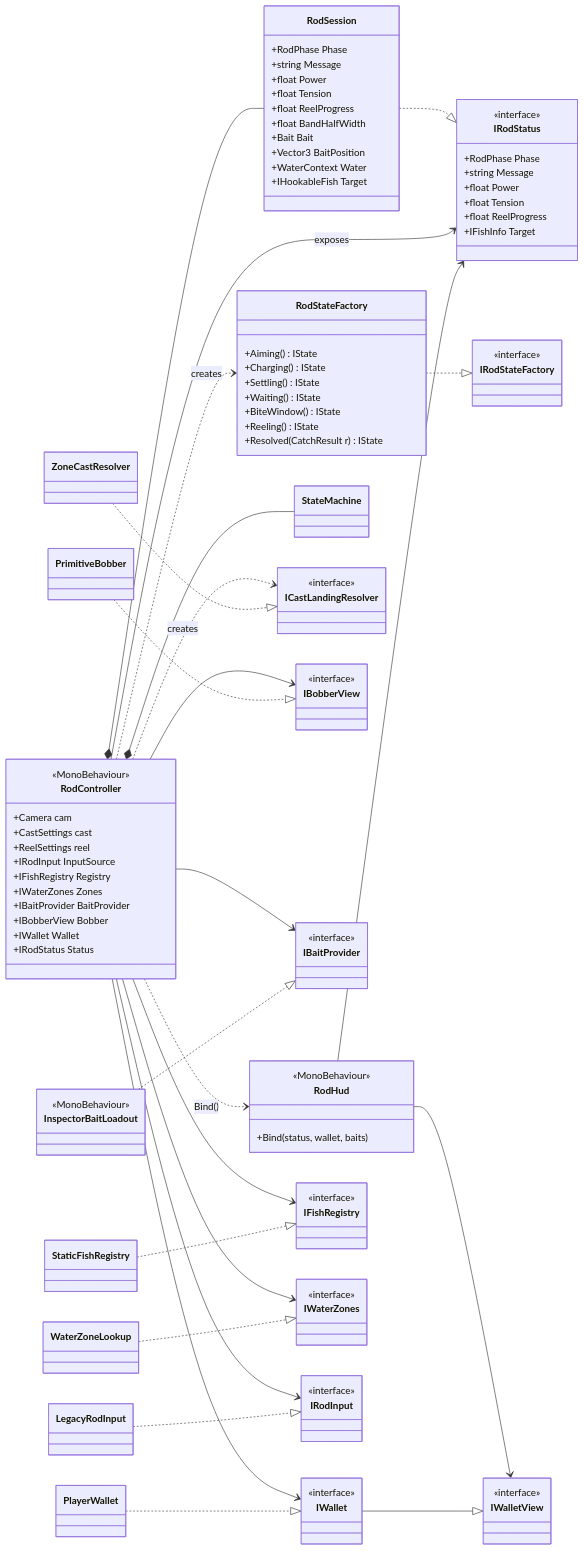
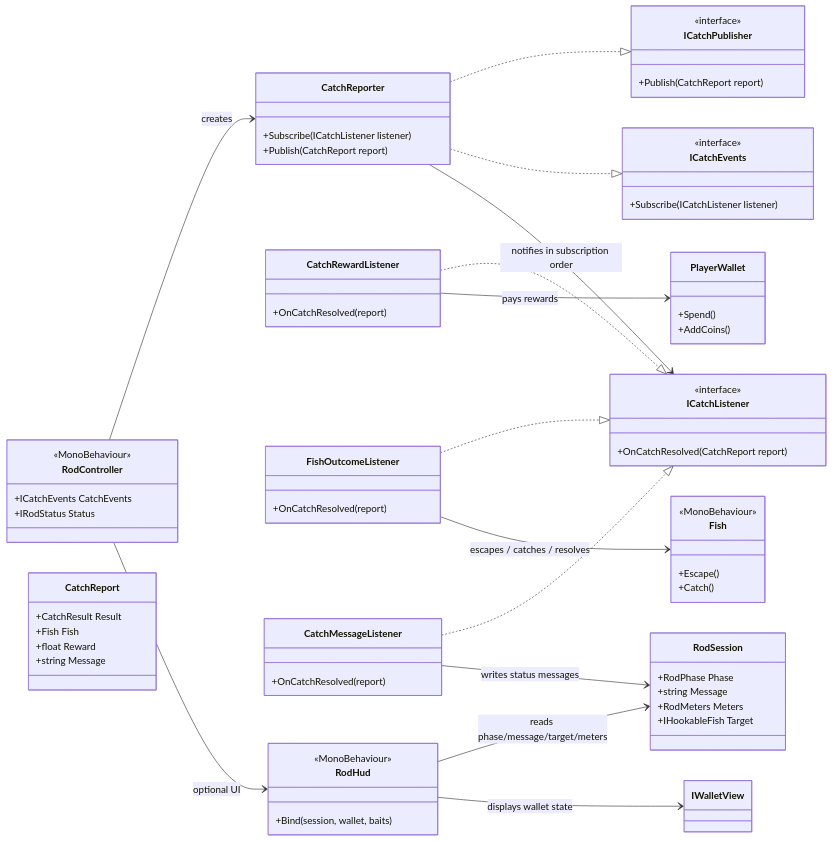
Before and after one commit to ZEENCL/tidebook: the seventh of 9 diagrams in DevNotes/UML-Diagram.md, drawn with Mermaid. The commit also changed other lines of this file and 3 other files, not shown here.

Commit message:
Added README, LICENSE, Updated UML Diagrams

````diff
--- a/DevNotes/UML-Diagram.md
+++ b/DevNotes/UML-Diagram.md
@@ -425,102 +699,85 @@
 
     class RodController {
         <<MonoBehaviour>>
-        +Camera cam
-        +CastSettings cast
-        +ReelSettings reel
-        +IRodInput InputSource
-        +IFishRegistry Registry
-        +IWaterZones Zones
-        +IBaitProvider BaitProvider
-        +IBobberView Bobber
-        +IWallet Wallet
+        +ICatchEvents CatchEvents
         +IRodStatus Status
     }
 
-    class RodStateFactory {
-        +Aiming() IState
-        +Charging() IState
-        +Settling() IState
-        +Waiting() IState
-        +BiteWindow() IState
-        +Reeling() IState
-        +Resolved(CatchResult r) IState
+    class CatchReporter {
+        +Subscribe(ICatchListener listener)
+        +Publish(CatchReport report)
     }
 
-    class IRodStateFactory {
+    class CatchReport {
+        +CatchResult Result
+        +Fish Fish
+        +float Reward
+        +string Message
+    }
+
+    class ICatchPublisher {
         <<interface>>
+        +Publish(CatchReport report)
+    }
+
+    class ICatchEvents {
+        <<interface>>
+        +Subscribe(ICatchListener listener)
+    }
+
+    class ICatchListener {
+        <<interface>>
+        +OnCatchResolved(CatchReport report)
+    }
+
+    class CatchRewardListener {
+        +OnCatchResolved(report)
+    }
+
+    class FishOutcomeListener {
+        +OnCatchResolved(report)
+    }
+
+    class CatchMessageListener {
+        +OnCatchResolved(report)
+    }
+
+    class RodHud {
+        <<MonoBehaviour>>
+        +Bind(session, wallet, baits)
     }
 
     class RodSession {
         +RodPhase Phase
         +string Message
-        +float Power
-        +float Tension
-        +float ReelProgress
-        +float BandHalfWidth
-        +Bait Bait
-        +Vector3 BaitPosition
-        +WaterContext Water
+        +RodMeters Meters
         +IHookableFish Target
     }
 
-    class IRodStatus {
-        <<interface>>
-        +RodPhase Phase
-        +string Message
-        +float Power
-        +float Tension
-        +float ReelProgress
-        +IFishInfo Target
+    class PlayerWallet {
+        +Spend()
+        +AddCoins()
     }
 
-    class RodHud {
+    class Fish {
         <<MonoBehaviour>>
-        +Bind(status, wallet, baits)
+        +Escape()
+        +Catch()
     }
 
-    class StateMachine
+    RodController --> CatchReporter : creates
+    CatchReporter ..|> ICatchPublisher
+    CatchReporter ..|> ICatchEvents
+    CatchReporter --> ICatchListener : notifies in subscription order
+    CatchRewardListener ..|> ICatchListener
+    FishOutcomeListener ..|> ICatchListener
+    CatchMessageListener ..|> ICatchListener
 
-    class ICastLandingResolver { <<interface>> }
-    class ZoneCastResolver
-    class IBobberView { <<interface>> }
-    class PrimitiveBobber
-    class IBaitProvider { <<interface>> }
-    class InspectorBaitLoadout { <<MonoBehaviour>> }
-    class IWallet { <<interface>> }
-    class IWalletView { <<interface>> }
-    class PlayerWallet
-    class IFishRegistry { <<interface>> }
-    class StaticFishRegistry
-    class IWaterZones { <<interface>> }
-    class WaterZoneLookup
-    class IRodInput { <<interface>> }
-    class LegacyRodInput
+    RodController --> RodHud : optional UI
+    RodHud --> RodSession : reads phase/message/target/meters
+    RodHud --> IWalletView : displays wallet state
 
-    RodController *-- StateMachine
-    RodController *-- RodSession
-    RodController ..> RodStateFactory : creates
-    RodStateFactory ..|> IRodStateFactory
-    RodSession ..|> IRodStatus
-    RodController --> IRodStatus : exposes
-    RodController ..> RodHud : Bind()
-    RodHud --> IRodStatus
-    RodHud --> IWalletView
-
-    RodController --> IRodInput
-    RodController --> IFishRegistry
-    RodController --> IWaterZones
-    RodController --> IBaitProvider
-    RodController --> IBobberView
-    RodController --> IWallet
-    RodController ..> ICastLandingResolver : creates
-
-    LegacyRodInput ..|> IRodInput
-    StaticFishRegistry ..|> IFishRegistry
-    WaterZoneLookup ..|> IWaterZones
-    InspectorBaitLoadout ..|> IBaitProvider
-    PrimitiveBobber ..|> IBobberView
-    PlayerWallet ..|> IWallet
-    ZoneCastResolver ..|> ICastLandingResolver
-    IWallet --|> IWalletView
+    CatchRewardListener --> PlayerWallet : pays rewards
+    FishOutcomeListener --> Fish : escapes / catches / resolves
+    CatchMessageListener --> RodSession : writes status messages
 ```
````
